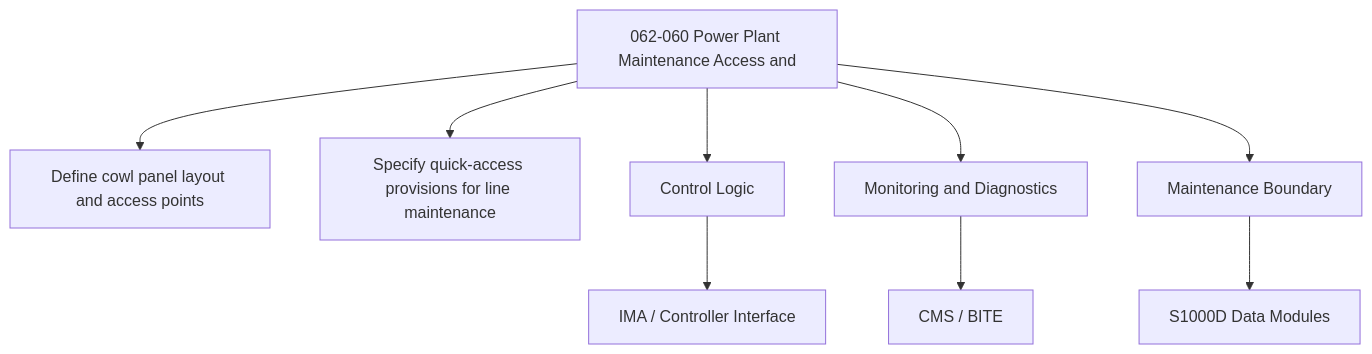
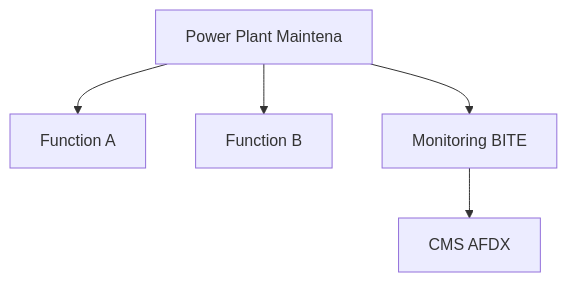
One commit to AmedeoPelliccia/Qplus-For-All-Queer-People-and-Quantum changed the second of 2 diagrams in Q+ATLANTIDE/000-099_ATLAS/060-069_Propulsion-Tradicional/062_Power-Plant/062-060-Power-Plant-Maintenance-Access-and-Panels.md. Above: the diagram before and after it, drawn with Mermaid. The commit also changed other lines of this file and 74 other files, not shown here.

````diff
--- a/Q+ATLANTIDE/000-099_ATLAS/060-069_Propulsion-Tradicional/062_Power-Plant/062-060-Power-Plant-Maintenance-Access-and-Panels.md
+++ b/Q+ATLANTIDE/000-099_ATLAS/060-069_Propulsion-Tradicional/062_Power-Plant/062-060-Power-Plant-Maintenance-Access-and-Panels.md
@@ -172,11 +96,7 @@
 ```mermaid
 flowchart TB
-    SYS[062-060 Power Plant Maintenance Access and ] --> F1[Define cowl panel layout and access points]
-    SYS --> F2[Specify quick-access provisions for line maintenance]
-    SYS --> CTRL[Control Logic]
-    SYS --> MON[Monitoring and Diagnostics]
-    SYS --> MAINT[Maintenance Boundary]
-    CTRL --> IMA[IMA / Controller Interface]
-    MON --> CMS[CMS / BITE]
-    MAINT --> CSDB[S1000D Data Modules]
+    SYS[Power Plant Maintena] --> F1[Function A]
+    SYS --> F2[Function B]
+    SYS --> MON[Monitoring BITE]
+    MON --> CMS[CMS AFDX]
 ```
````
